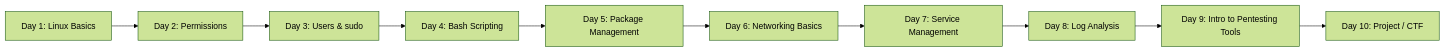
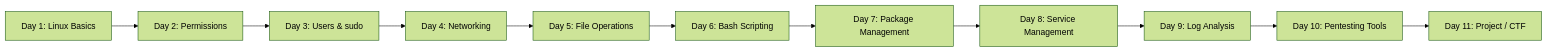
One commit to KisholoyDD21/linux-cybersecurity-journey changed the diagram in README.md. Above: the diagram before and after it, drawn with Mermaid (forest theme). The commit also changed other lines of this file, not shown here.

Commit message:
Update README with Day 4 & Day 5 progress

````diff
--- a/README.md
+++ b/README.md
@@ -83,12 +100,13 @@
 ```mermaid
 graph LR
     A[Day 1: Linux Basics] --> B[Day 2: Permissions]
     B --> C[Day 3: Users & sudo]
-    C --> D[Day 4: Bash Scripting]
-    D --> E[Day 5: Package Management]
-    E --> F[Day 6: Networking Basics]
-    F --> G[Day 7: Service Management]
-    G --> H[Day 8: Log Analysis]
-    H --> I[Day 9: Intro to Pentesting Tools]
-    I --> J[Day 10: Project / CTF]
+    C --> D[Day 4: Networking]
+    D --> E[Day 5: File Operations]
+    E --> F[Day 6: Bash Scripting]
+    F --> G[Day 7: Package Management]
+    G --> H[Day 8: Service Management]
+    H --> I[Day 9: Log Analysis]
+    I --> J[Day 10: Pentesting Tools]
+    J --> K[Day 11: Project / CTF]
 ```
````
